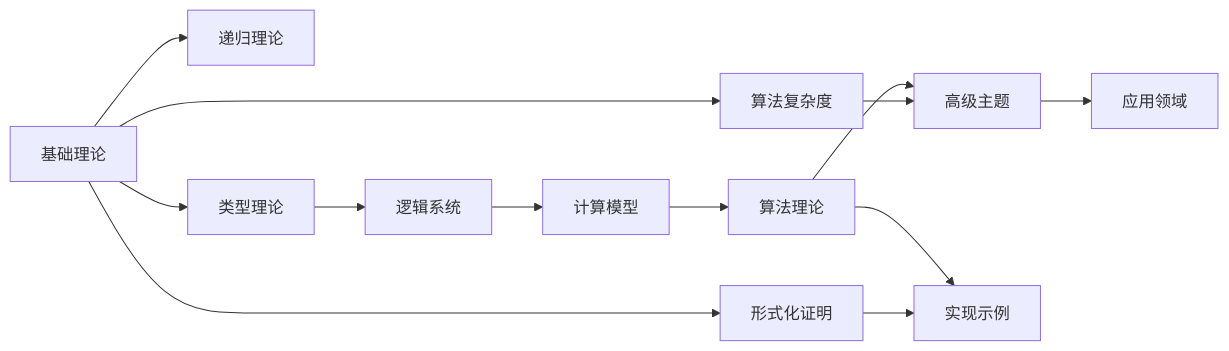
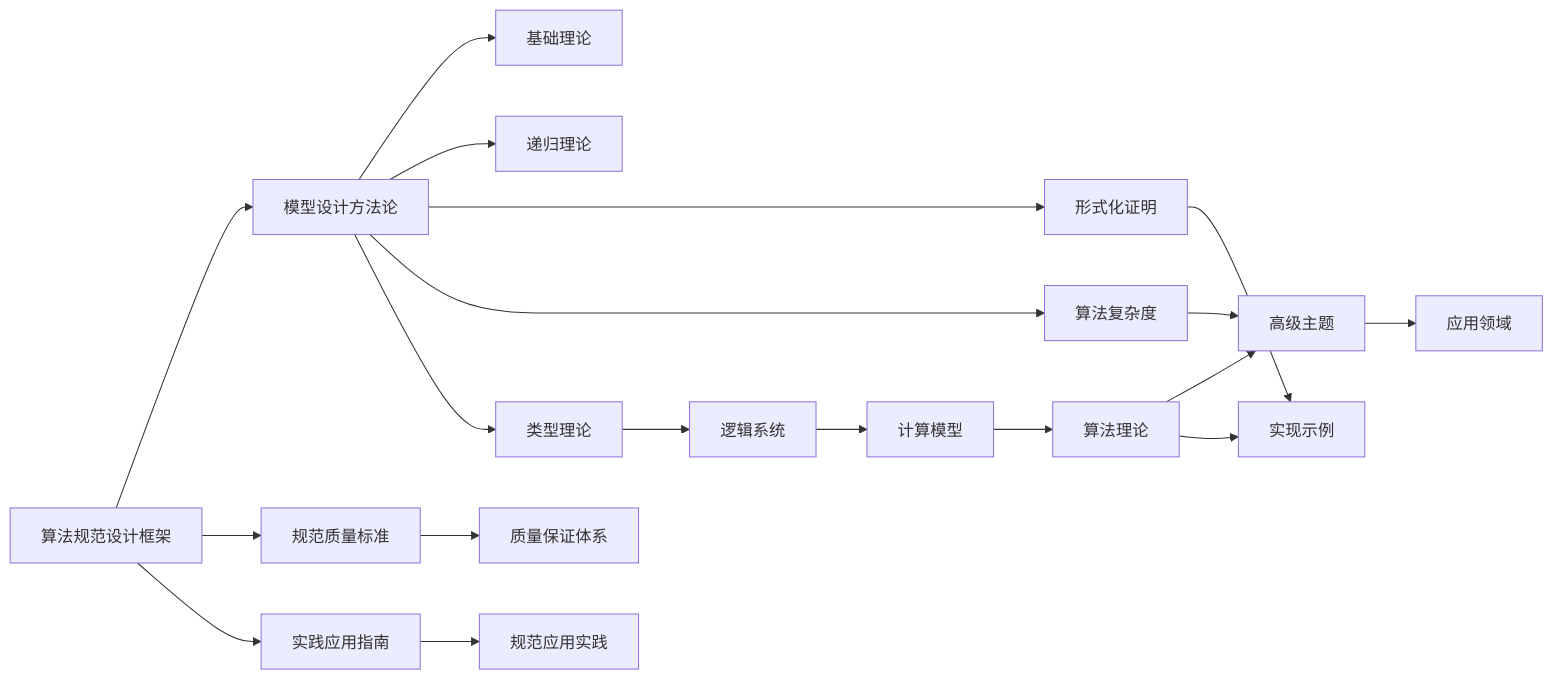
The diagram in docs/README.md (AdaMartin18010/FormalAlgorithm), drawn with Mermaid before and after one commit. The commit also changed other lines of this file, not shown here.

````diff
--- a/docs/README.md
+++ b/docs/README.md
@@ -27,15 +39,21 @@
 ```mermaid
 flowchart LR
-  A[基础理论]-->B[递归理论]
-  A-->C[形式化证明]
-  A-->D[算法复杂度]
-  A-->E[类型理论]
-  E-->F[逻辑系统]
-  F-->G[计算模型]
-  G-->H[算法理论]
-  H-->I[高级主题]
-  I-->J[应用领域]
-  H-->K[实现示例]
-  C-->K
-  D-->I
+  A[算法规范设计框架]-->B[模型设计方法论]
+  A-->C[规范质量标准]
+  A-->D[实践应用指南]
+  B-->E[基础理论]
+  B-->F[递归理论]
+  B-->G[形式化证明]
+  B-->H[算法复杂度]
+  B-->I[类型理论]
+  I-->J[逻辑系统]
+  J-->K[计算模型]
+  K-->L[算法理论]
+  L-->M[高级主题]
+  M-->N[应用领域]
+  L-->O[实现示例]
+  G-->O
+  H-->M
+  C-->P[质量保证体系]
+  D-->Q[规范应用实践]
 ```
````
